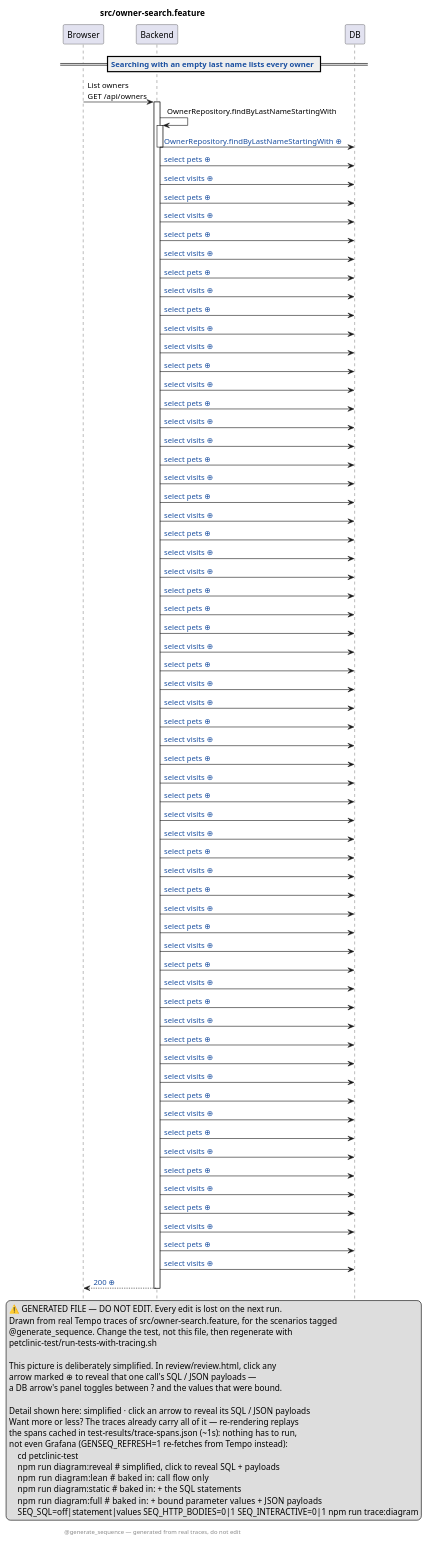
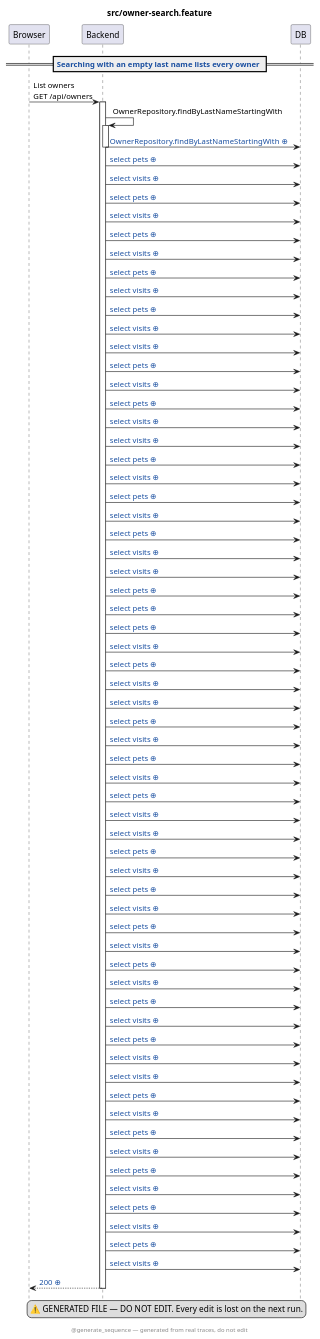
One commit to victorrentea/petclinic changed the diagram in petclinic-test/src/owner-search.feature.genseq.puml. Above: the diagram before and after it, drawn with PlantUML. The commit also changed 23 other files, not shown here.

```diff
--- a/petclinic-test/src/owner-search.feature.genseq.puml
+++ b/petclinic-test/src/owner-search.feature.genseq.puml
@@ -1,101 +1,83 @@
 @startuml
 ' ⚠️  GENERATED FILE — DO NOT EDIT. Every edit is lost on the next run.
 hide footbox
 skinparam hyperlinkUnderline false
 skinparam hyperlinkColor #1A4FA0
 title src/owner-search.feature
 legend right
   ⚠️  GENERATED FILE — DO NOT EDIT. Every edit is lost on the next run.
-  Drawn from real Tempo traces of src/owner-search.feature, for the scenarios tagged
-  @generate_sequence. Change the test, not this file, then regenerate with
-  petclinic-test/run-tests-with-tracing.sh
- 
-  This picture is deliberately simplified. In review/review.html, click any
-  arrow marked ⊕ to reveal that one call's SQL / JSON payloads —
-  a DB arrow's panel toggles between ? and the values that were bound.
- 
-  Detail shown here: simplified · click an arrow to reveal its SQL / JSON payloads
-  Want more or less? The traces already carry all of it — re-rendering replays
-  the spans cached in test-results/trace-spans.json (~1s): nothing has to run,
-  not even Grafana (GENSEQ_REFRESH=1 re-fetches from Tempo instead):
-      cd petclinic-test
-      npm run diagram:reveal  # simplified, click to reveal SQL + payloads
-      npm run diagram:lean    # baked in: call flow only
-      npm run diagram:static  # baked in: + the SQL statements
-      npm run diagram:full    # baked in: + bound parameter values + JSON payloads
-      SEQ_SQL=off|statement|values SEQ_HTTP_BODIES=0|1 SEQ_INTERACTIVE=0|1 npm run trace:diagram
 end legend
 footer @generate_sequence — generated from real traces, do not edit
 participant Browser
 participant Backend
 participant DB
 == [[src://petclinic-test/src/owner-search.feature:26{Click to open the test} Searching with an empty last name lists every owner]] ==
 Browser -> Backend: List owners\nGET /api/owners
 activate Backend
 Backend -> Backend: OwnerRepository.findByLastNameStartingWith
 activate Backend
 Backend -> DB: [[genseq://1aoufu2{Click for the statement behind this call} OwnerRepository.findByLastNameStartingWith ⊕]]
 deactivate Backend
 Backend -> DB: [[genseq://1hjadar{Click for the statement behind this call} select pets ⊕]]
 Backend -> DB: [[genseq://1bcshtp{Click for the statement behind this call} select visits ⊕]]
 Backend -> DB: [[genseq://1ywvbwm{Click for the statement behind this call} select pets ⊕]]
 Backend -> DB: [[genseq://0z85hco{Click for the statement behind this call} select visits ⊕]]
 Backend -> DB: [[genseq://0zrdtil{Click for the statement behind this call} select pets ⊕]]
 Backend -> DB: [[genseq://014al43{Click for the statement behind this call} select visits ⊕]]
 Backend -> DB: [[genseq://1e02kqw{Click for the statement behind this call} select pets ⊕]]
 Backend -> DB: [[genseq://19jw8ly{Click for the statement behind this call} select visits ⊕]]
 Backend -> DB: [[genseq://1afgvsf{Click for the statement behind this call} select pets ⊕]]
 Backend -> DB: [[genseq://1k944l8{Click for the statement behind this call} select visits ⊕]]
 Backend -> DB: [[genseq://15hw4kh{Click for the statement behind this call} select visits ⊕]]
 Backend -> DB: [[genseq://05qnn6q{Click for the statement behind this call} select pets ⊕]]
 Backend -> DB: [[genseq://1uai9tz{Click for the statement behind this call} select visits ⊕]]
 Backend -> DB: [[genseq://04yaot5{Click for the statement behind this call} select pets ⊕]]
 Backend -> DB: [[genseq://0ppzjxe{Click for the statement behind this call} select visits ⊕]]
 Backend -> DB: [[genseq://0prupmi{Click for the statement behind this call} select visits ⊕]]
 Backend -> DB: [[genseq://0j0trn8{Click for the statement behind this call} select pets ⊕]]
 Backend -> DB: [[genseq://1uessj3{Click for the statement behind this call} select visits ⊕]]
 Backend -> DB: [[genseq://0qutb9k{Click for the statement behind this call} select pets ⊕]]
 Backend -> DB: [[genseq://1xzehhk{Click for the statement behind this call} select visits ⊕]]
 Backend -> DB: [[genseq://0ow5hm5{Click for the statement behind this call} select pets ⊕]]
 Backend -> DB: [[genseq://0jv36o6{Click for the statement behind this call} select visits ⊕]]
 Backend -> DB: [[genseq://1jqpq99{Click for the statement behind this call} select visits ⊕]]
 Backend -> DB: [[genseq://1twjd9e{Click for the statement behind this call} select pets ⊕]]
 Backend -> DB: [[genseq://179pa5r{Click for the statement behind this call} select pets ⊕]]
 Backend -> DB: [[genseq://0spdoa4{Click for the statement behind this call} select pets ⊕]]
 Backend -> DB: [[genseq://02hi82b{Click for the statement behind this call} select visits ⊕]]
 Backend -> DB: [[genseq://1rv9amp{Click for the statement behind this call} select pets ⊕]]
 Backend -> DB: [[genseq://1s4i48c{Click for the statement behind this call} select visits ⊕]]
 Backend -> DB: [[genseq://0sxylsh{Click for the statement behind this call} select visits ⊕]]
 Backend -> DB: [[genseq://1vr3q9y{Click for the statement behind this call} select pets ⊕]]
 Backend -> DB: [[genseq://0qywo6i{Click for the statement behind this call} select visits ⊕]]
 Backend -> DB: [[genseq://11eqpar{Click for the statement behind this call} select pets ⊕]]
 Backend -> DB: [[genseq://0i95j7b{Click for the statement behind this call} select visits ⊕]]
 Backend -> DB: [[genseq://0zn1he8{Click for the statement behind this call} select pets ⊕]]
 Backend -> DB: [[genseq://0z1nibr{Click for the statement behind this call} select visits ⊕]]
 Backend -> DB: [[genseq://1luphfe{Click for the statement behind this call} select visits ⊕]]
 Backend -> DB: [[genseq://1yz2s51{Click for the statement behind this call} select pets ⊕]]
 Backend -> DB: [[genseq://02ksvnp{Click for the statement behind this call} select visits ⊕]]
 Backend -> DB: [[genseq://1ui76yh{Click for the statement behind this call} select pets ⊕]]
 Backend -> DB: [[genseq://0vfbpsw{Click for the statement behind this call} select visits ⊕]]
 Backend -> DB: [[genseq://1wn2wlw{Click for the statement behind this call} select pets ⊕]]
 Backend -> DB: [[genseq://1k8rtyj{Click for the statement behind this call} select visits ⊕]]
 Backend -> DB: [[genseq://06hjrnf{Click for the statement behind this call} select pets ⊕]]
 Backend -> DB: [[genseq://00y4ify{Click for the statement behind this call} select visits ⊕]]
 Backend -> DB: [[genseq://10nowmm{Click for the statement behind this call} select pets ⊕]]
 Backend -> DB: [[genseq://1wfrp61{Click for the statement behind this call} select visits ⊕]]
 Backend -> DB: [[genseq://1o34u8l{Click for the statement behind this call} select pets ⊕]]
 Backend -> DB: [[genseq://131zikf{Click for the statement behind this call} select visits ⊕]]
 Backend -> DB: [[genseq://0wl4y10{Click for the statement behind this call} select visits ⊕]]
 Backend -> DB: [[genseq://14lgvhs{Click for the statement behind this call} select pets ⊕]]
 Backend -> DB: [[genseq://0cgh436{Click for the statement behind this call} select visits ⊕]]
 Backend -> DB: [[genseq://0ccg4wn{Click for the statement behind this call} select pets ⊕]]
 Backend -> DB: [[genseq://18twor0{Click for the statement behind this call} select visits ⊕]]
 Backend -> DB: [[genseq://1klw40a{Click for the statement behind this call} select pets ⊕]]
 Backend -> DB: [[genseq://1ksbt81{Click for the statement behind this call} select visits ⊕]]
 Backend -> DB: [[genseq://1m8kh81{Click for the statement behind this call} select pets ⊕]]
 Backend -> DB: [[genseq://1obsoh2{Click for the statement behind this call} select visits ⊕]]
 Backend -> DB: [[genseq://18567ho{Click for the statement behind this call} select pets ⊕]]
 Backend -> DB: [[genseq://1eq1h2q{Click for the statement behind this call} select visits ⊕]]
-Backend --> Browser: [[genseq://0njunan{Click for this call’s JSON body} 200 ⊕]]
+Backend --> Browser: [[genseq://16lpdtf{Click for this call’s JSON body} 200 ⊕]]
 deactivate Backend
 @enduml
```
